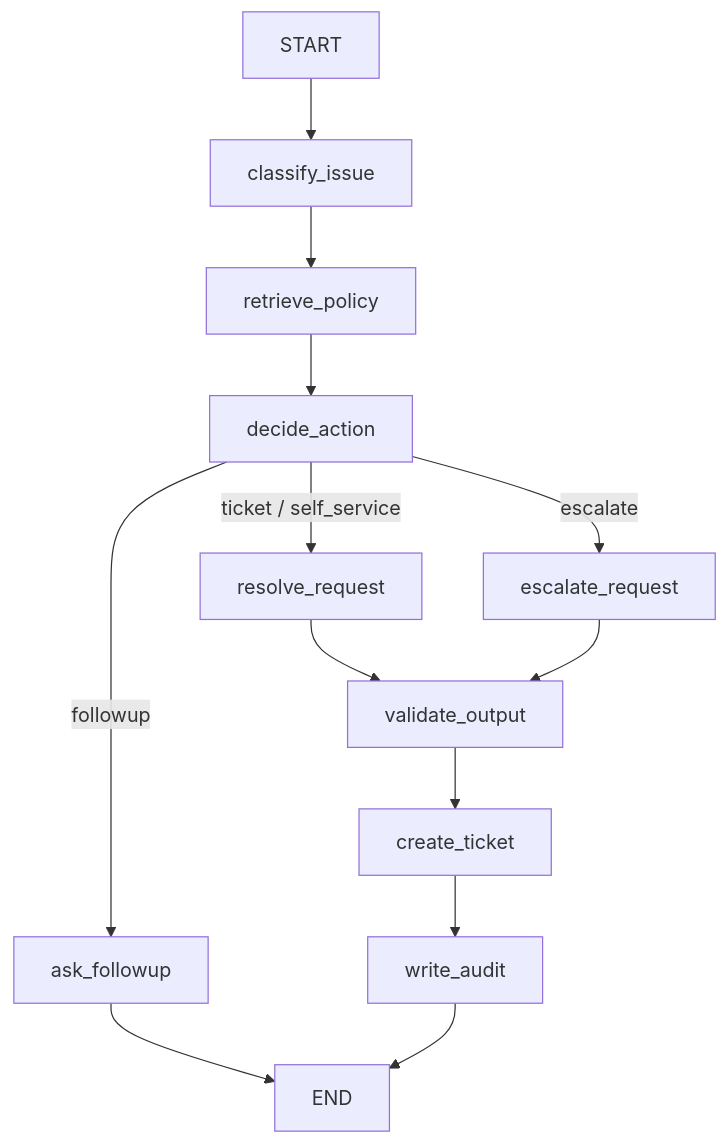
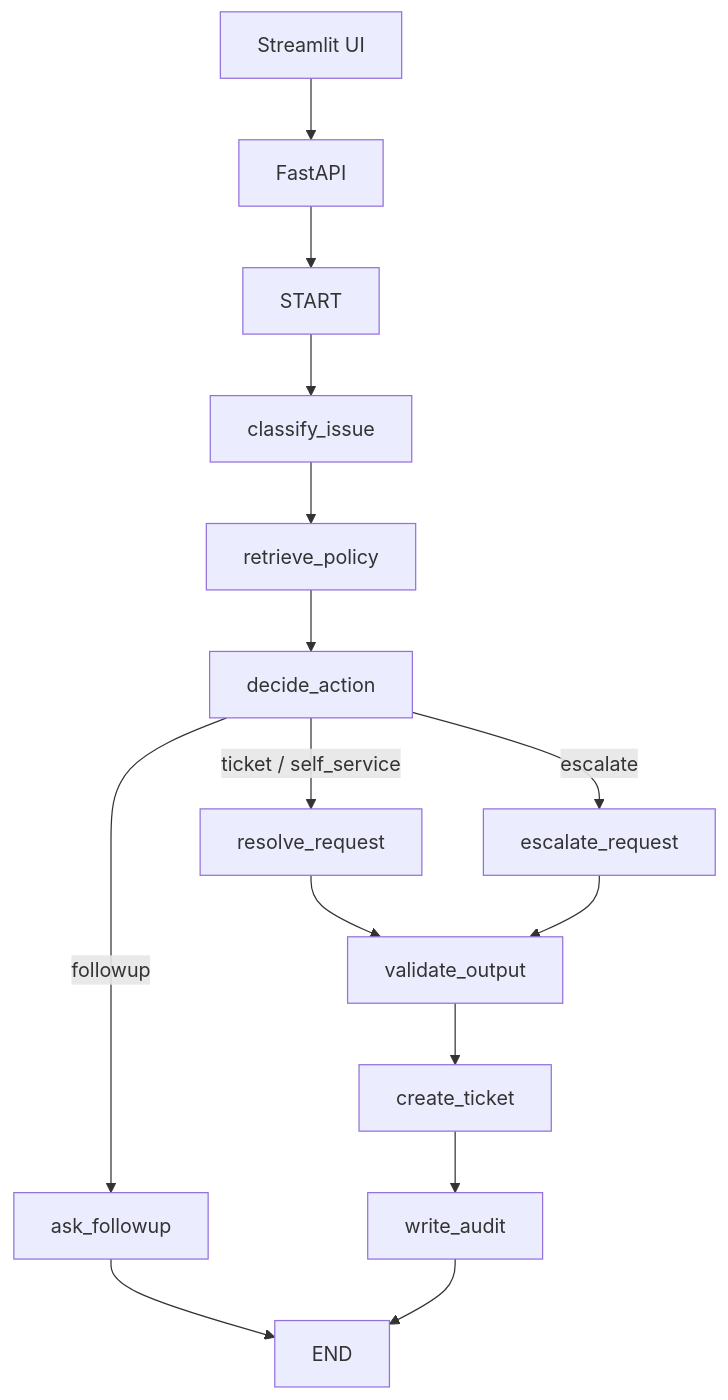
One commit to Priyanshu1303d/VITO changed the diagram in README.md. Above: the diagram before and after it, drawn with Mermaid.

`````diff
--- a/README.md
+++ b/README.md
@@ -15,19 +15,21 @@
 ```mermaid
 graph TD
+    Frontend[Streamlit UI] --> Backend[FastAPI]
+    Backend[FastAPI] --> A[START]
     A[START] --> B[classify_issue]
     B --> C[retrieve_policy]
     C --> D[decide_action]
 
     D -->|followup| E[ask_followup]
     E --> F[END]
 
     D -->|ticket / self_service| G[resolve_request]
     D -->|escalate| H[escalate_request]
 
     G --> I[validate_output]
     H --> I
 
     I --> J[create_ticket]
     J --> K[write_audit]
     K --> F
 ````
`````
